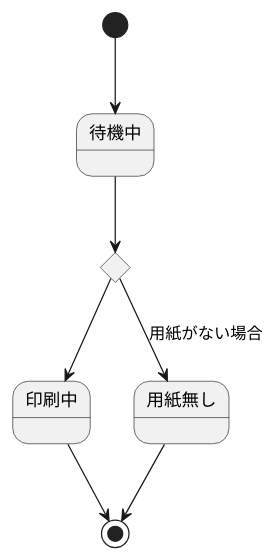
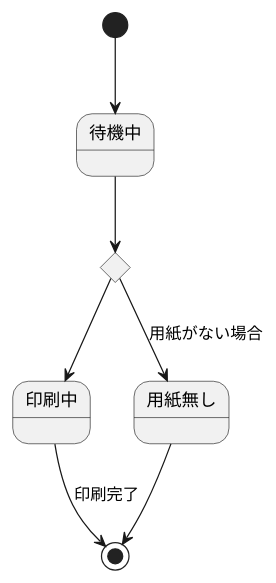
Before and after one commit to IshikawaMasato/uml-introduction: the diagram in 演習6-1_SD_プリンタ.pu, drawn with PlantUML.

Commit message:
演習６－１の作成

```diff
--- a/演習6-1_SD_プリンタ.pu
+++ b/演習6-1_SD_プリンタ.pu
@@ -1,9 +1,9 @@
 @startuml 演習６－１
 [*] --> 待機中
 state c <<choice>>
 待機中 --> c
 c --> 印刷中
 c --> 用紙無し: 用紙がない場合
 用紙無し --> [*]
-印刷中--> [*]
+印刷中--> [*]:印刷完了
 @enduml
```
